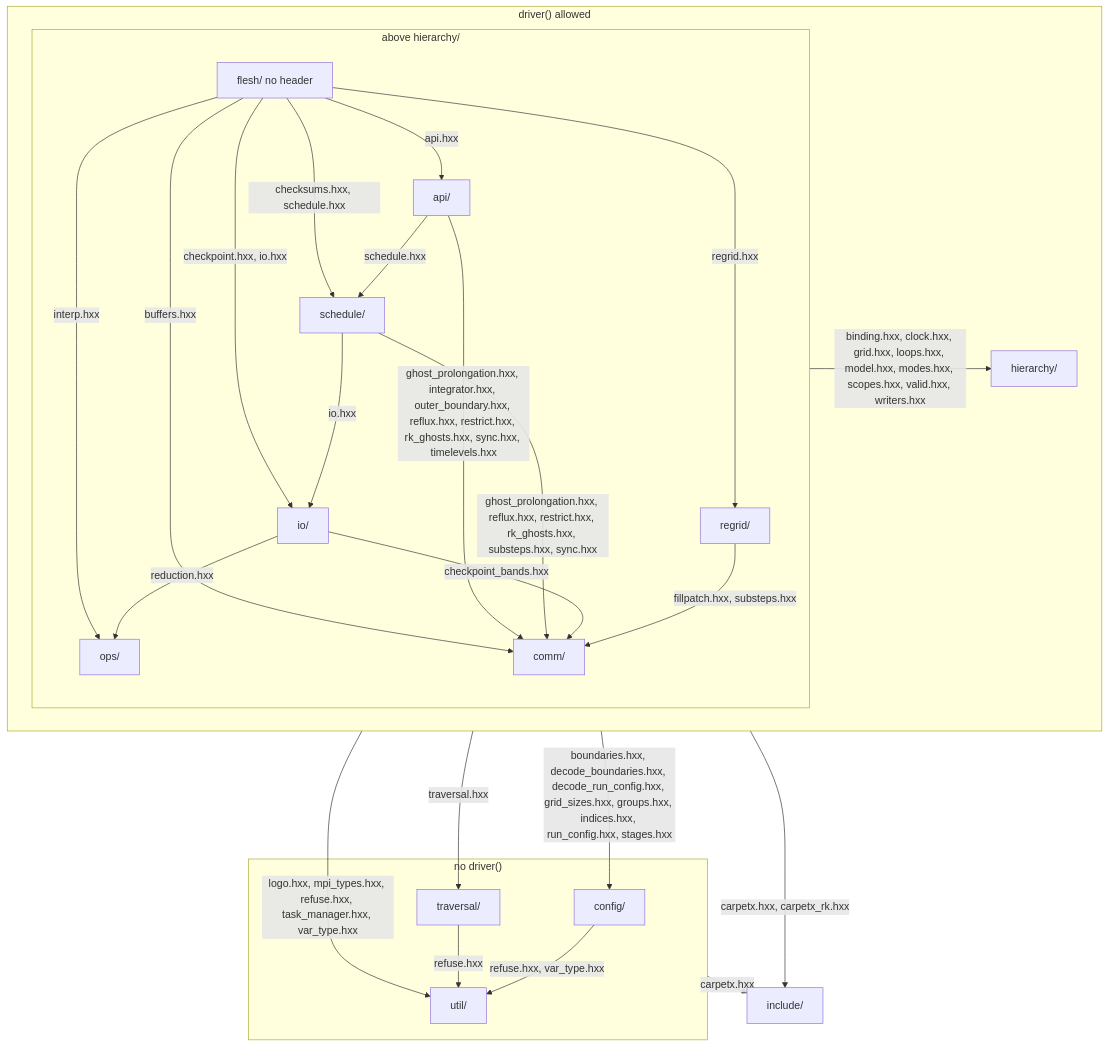
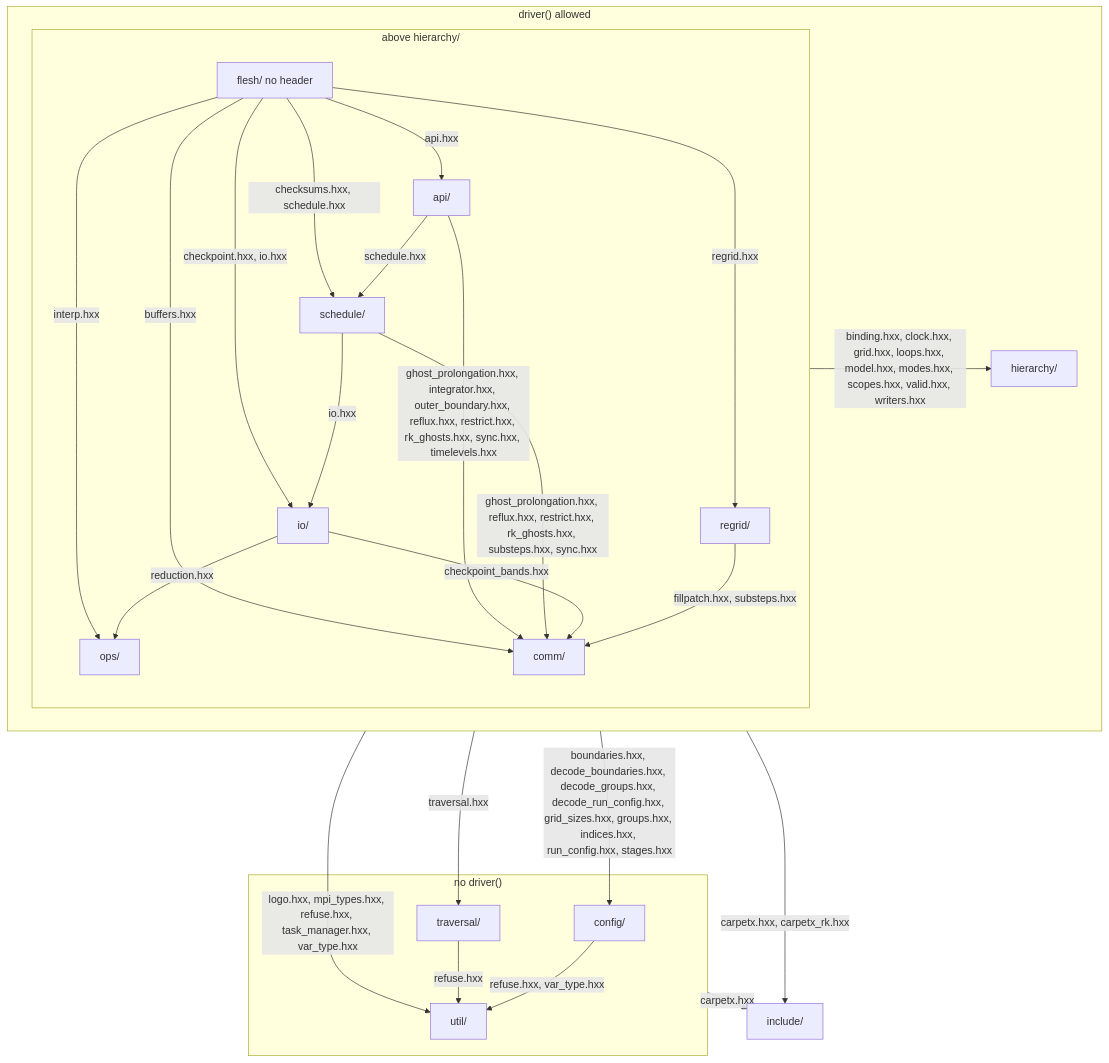
One commit to lwJi/CarpetX changed the first of 3 diagrams in agent_docs/carpetx-internals.md. Above: the diagram before and after it, drawn with Mermaid. The commit also changed other lines of this file and 13 other files, not shown here.

````diff
--- a/agent_docs/carpetx-internals.md
+++ b/agent_docs/carpetx-internals.md
@@ -7,42 +7,42 @@
 ```mermaid
 flowchart TB
   subgraph door["driver() allowed"]
     subgraph above["above hierarchy/"]
       flesh["flesh/ no header"]
       api["api/"]
       schedule["schedule/"]
       io["io/"]
       ops["ops/"]
       regrid["regrid/"]
       comm["comm/"]
     end
     hierarchy["hierarchy/"]
   end
   subgraph nodoor["no driver()"]
     config["config/"]
     traversal["traversal/"]
     util["util/"]
   end
   include["include/"]
   flesh -- "api.hxx" --> api
   flesh -- "checksums.hxx, schedule.hxx" --> schedule
   flesh -- "checkpoint.hxx, io.hxx" --> io
   flesh -- "interp.hxx" --> ops
   flesh -- "regrid.hxx" --> regrid
   flesh -- "buffers.hxx" --> comm
   api -- "schedule.hxx" --> schedule
   api -- "ghost_prolongation.hxx, integrator.hxx, outer_boundary.hxx, reflux.hxx, restrict.hxx, rk_ghosts.hxx, sync.hxx, timelevels.hxx" --> comm
   schedule -- "io.hxx" --> io
   schedule -- "ghost_prolongation.hxx, reflux.hxx, restrict.hxx, rk_ghosts.hxx, substeps.hxx, sync.hxx" --> comm
   io -- "reduction.hxx" --> ops
   io -- "checkpoint_bands.hxx" --> comm
   regrid -- "fillpatch.hxx, substeps.hxx" --> comm
   config -- "refuse.hxx, var_type.hxx" --> util
   traversal -- "refuse.hxx" --> util
   above -- "binding.hxx, clock.hxx, grid.hxx, loops.hxx, model.hxx, modes.hxx, scopes.hxx, valid.hxx, writers.hxx" --> hierarchy
-  door -- "boundaries.hxx, decode_boundaries.hxx, decode_run_config.hxx, grid_sizes.hxx, groups.hxx, indices.hxx, run_config.hxx, stages.hxx" --> config
+  door -- "boundaries.hxx, decode_boundaries.hxx, decode_groups.hxx, decode_run_config.hxx, grid_sizes.hxx, groups.hxx, indices.hxx, run_config.hxx, stages.hxx" --> config
   door -- "traversal.hxx" --> traversal
   door -- "logo.hxx, mpi_types.hxx, refuse.hxx, task_manager.hxx, var_type.hxx" --> util
   door -- "carpetx.hxx, carpetx_rk.hxx" --> include
   nodoor -- "carpetx.hxx" --> include
 ```
````
